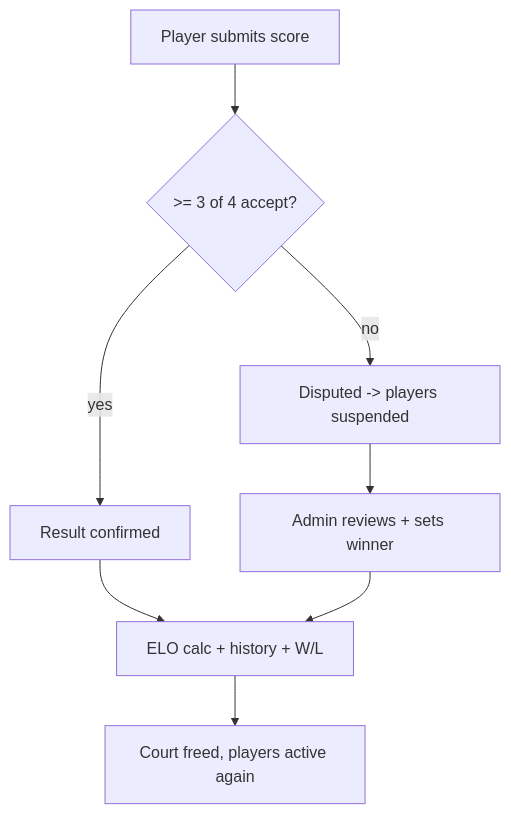
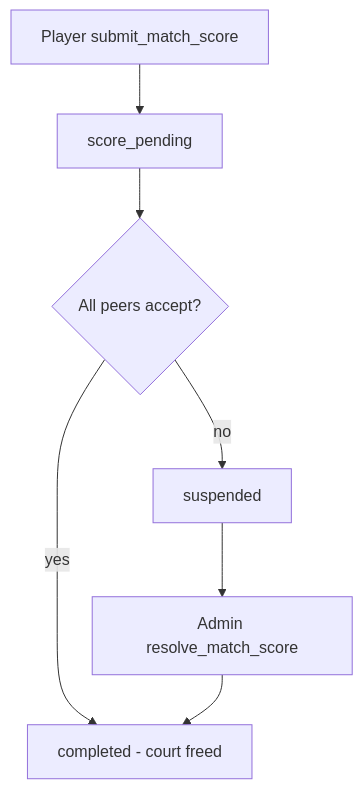
Before and after one commit to Leakageonthelamp/pha-badminton-club-project: the fourth of 5 diagrams in docs/PROJECT_PLAN.md, drawn with Mermaid. The commit also changed other lines of this file and 3 other files, not shown here.

Commit message:
feat: enhance match and session management by implementing comprehensive match lifecycle features, including real-time updates for matches, improved session control interfaces, and detailed match history tracking, while refining payment processes and user interactions for a seamless experience

````diff
--- a/docs/PROJECT_PLAN.md
+++ b/docs/PROJECT_PLAN.md
@@ -160,10 +170,9 @@
 ```mermaid
 flowchart TD
-  submit[Player submits score] --> votes{>= 3 of 4 accept?}
-  votes -->|yes| confirmed[Result confirmed]
-  confirmed --> elo[ELO calc + history + W/L]
-  votes -->|no| disputed[Disputed -> players suspended]
-  disputed --> admin[Admin reviews + sets winner]
-  admin --> elo
-  elo --> freeCourt[Court freed, players active again]
+  submit[Player submit_match_score] --> pending[score_pending]
+  pending --> peers{All peers accept?}
+  peers -->|yes| completed[completed - court freed]
+  peers -->|no| suspended[suspended]
+  suspended --> admin[Admin resolve_match_score]
+  admin --> completed
 ```
````
